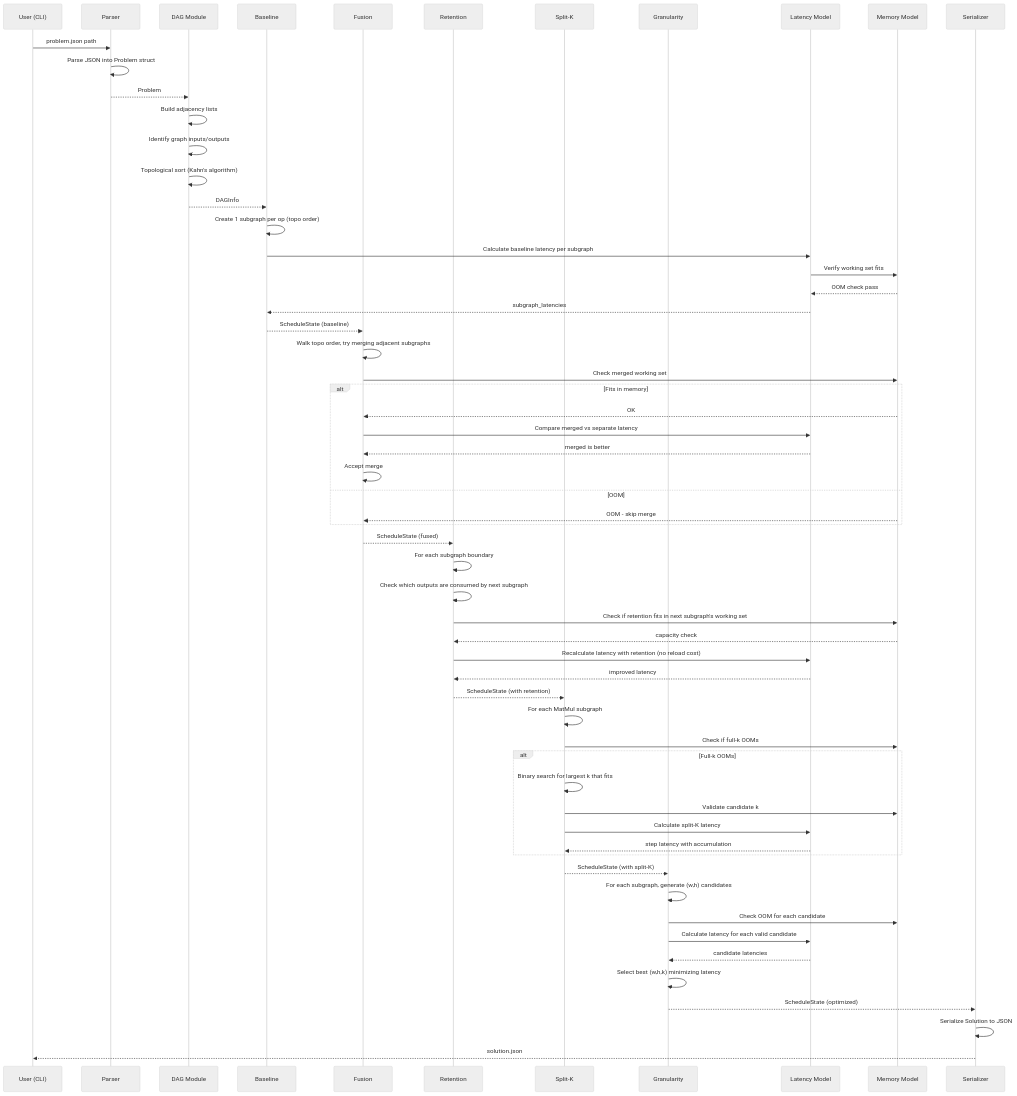
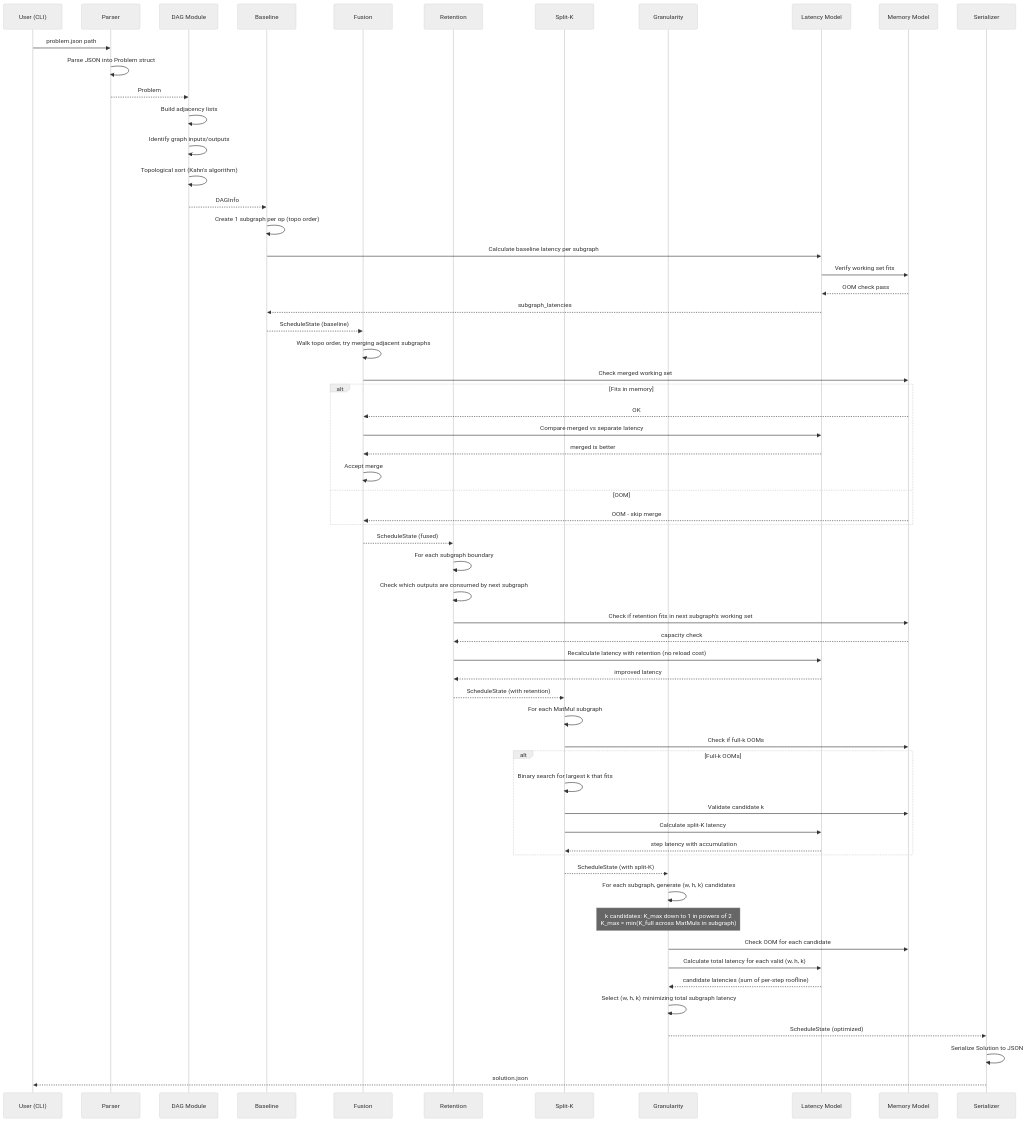
One commit to melroyanthony/MLSys changed the first of 4 diagrams in solution/docs/architecture/data-flow.md. Above: the diagram before and after it, drawn with Mermaid (neutral theme). The commit also changed other lines of this file and 5 other files, not shown here.

First line of the commit message:
docs(stage-1,stage-2): add k-dimension search requirements and architecture

````diff
--- a/solution/docs/architecture/data-flow.md
+++ b/solution/docs/architecture/data-flow.md
@@ -5,70 +5,71 @@
 ```mermaid
 sequenceDiagram
     participant U as User (CLI)
     participant P as Parser
     participant D as DAG Module
     participant B as Baseline
     participant F as Fusion
     participant R as Retention
     participant S as Split-K
     participant G as Granularity
     participant L as Latency Model
     participant M as Memory Model
     participant W as Serializer
 
     U->>P: problem.json path
     P->>P: Parse JSON into Problem struct
     P-->>D: Problem
 
     D->>D: Build adjacency lists
     D->>D: Identify graph inputs/outputs
     D->>D: Topological sort (Kahn's algorithm)
     D-->>B: DAGInfo
 
     B->>B: Create 1 subgraph per op (topo order)
     B->>L: Calculate baseline latency per subgraph
     L->>M: Verify working set fits
     M-->>L: OOM check pass
     L-->>B: subgraph_latencies
     B-->>F: ScheduleState (baseline)
 
     F->>F: Walk topo order, try merging adjacent subgraphs
     F->>M: Check merged working set
     alt Fits in memory
         M-->>F: OK
         F->>L: Compare merged vs separate latency
         L-->>F: merged is better
         F->>F: Accept merge
     else OOM
         M-->>F: OOM - skip merge
     end
     F-->>R: ScheduleState (fused)
 
     R->>R: For each subgraph boundary
     R->>R: Check which outputs are consumed by next subgraph
     R->>M: Check if retention fits in next subgraph's working set
     M-->>R: capacity check
     R->>L: Recalculate latency with retention (no reload cost)
     L-->>R: improved latency
     R-->>S: ScheduleState (with retention)
 
     S->>S: For each MatMul subgraph
     S->>M: Check if full-k OOMs
     alt Full-k OOMs
         S->>S: Binary search for largest k that fits
         S->>M: Validate candidate k
         S->>L: Calculate split-K latency
         L-->>S: step latency with accumulation
     end
     S-->>G: ScheduleState (with split-K)
 
-    G->>G: For each subgraph, generate (w,h) candidates
+    G->>G: For each subgraph, generate (w, h, k) candidates
+    Note over G: k candidates: K_max down to 1 in powers of 2<br/>K_max = min(K_full across MatMuls in subgraph)
     G->>M: Check OOM for each candidate
-    G->>L: Calculate latency for each valid candidate
-    L-->>G: candidate latencies
-    G->>G: Select best (w,h,k) minimizing latency
+    G->>L: Calculate total latency for each valid (w, h, k)
+    L-->>G: candidate latencies (sum of per-step roofline)
+    G->>G: Select (w, h, k) minimizing total subgraph latency
     G-->>W: ScheduleState (optimized)
 
     W->>W: Serialize Solution to JSON
     W-->>U: solution.json
 ```
````
